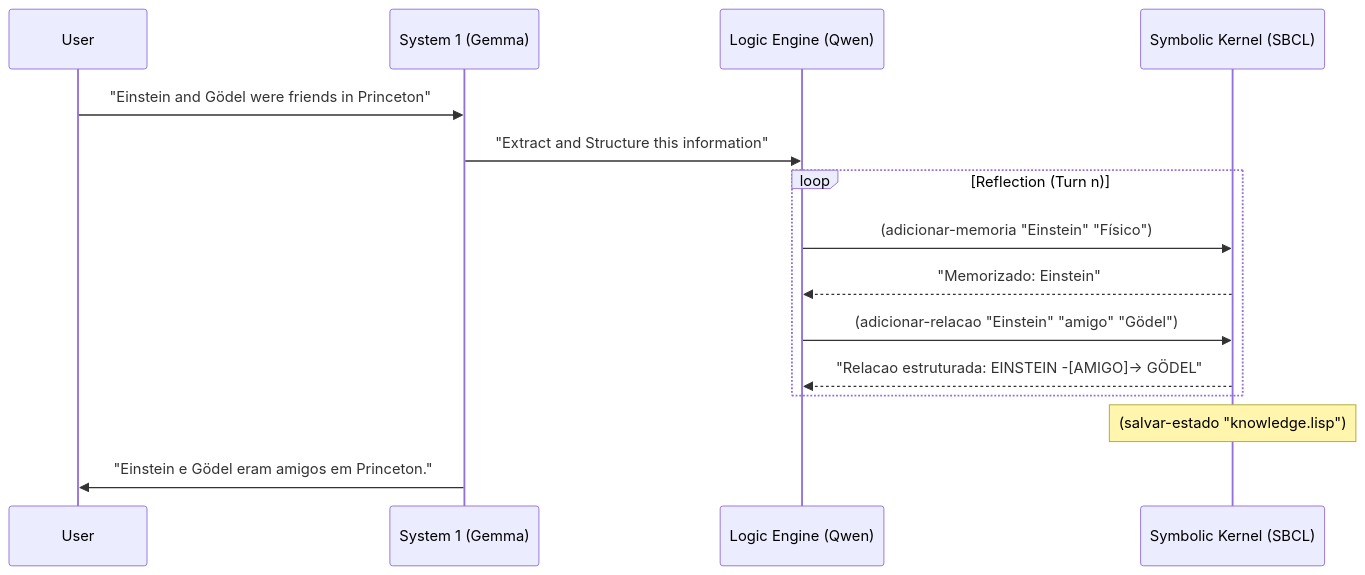
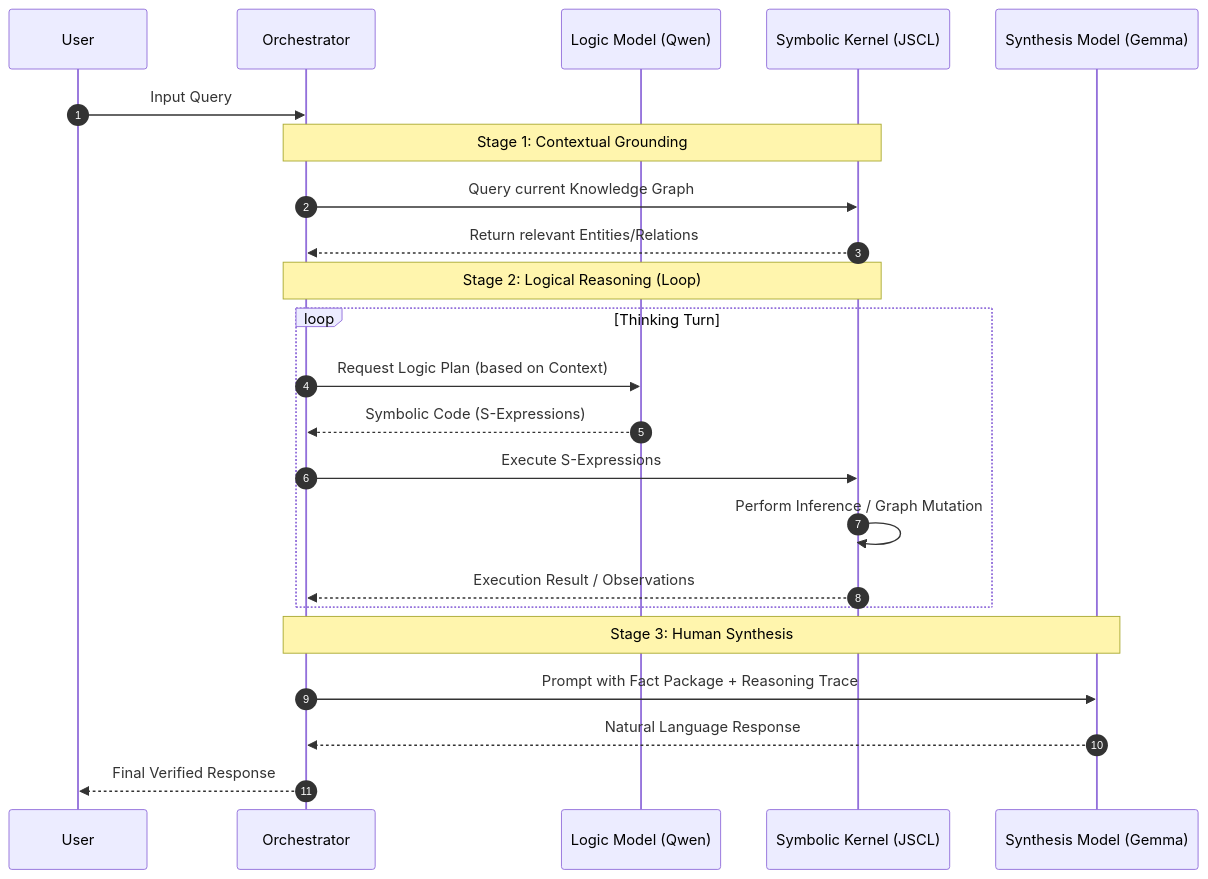
The third of 5 diagrams in README.md (spock74/dialectical-symbolic-ai), drawn with Mermaid before and after one commit. The commit also changed other lines of this file and 2 other files, not shown here.

````diff
--- a/README.md
+++ b/README.md
@@ -62,21 +87,29 @@
 ```mermaid
 sequenceDiagram
+    autonumber
     participant U as User
-    participant S1 as System 1 (Gemma)
-    participant L as Logic Engine (Qwen)
-    participant SK as Symbolic Kernel (SBCL)
+    participant ORCH as Orchestrator
+    participant LM as Logic Model (Qwen)
+    participant SK as Symbolic Kernel (JSCL)
+    participant SM as Synthesis Model (Gemma)
 
-    U->>S1: "Einstein and Gödel were friends in Princeton"
-    S1->>L: "Extract and Structure this information"
+    U->>ORCH: Input Query
     
-    loop Reflection (Turn n)
-        L->>SK: (adicionar-memoria "Einstein" "Físico")
-        SK-->>L: "Memorizado: Einstein"
-        L->>SK: (adicionar-relacao "Einstein" "amigo" "Gödel")
-        SK-->>L: "Relacao estruturada: EINSTEIN -[AMIGO]-> GÖDEL"
+    Note over ORCH, SK: Stage 1: Contextual Grounding
+    ORCH->>SK: Query current Knowledge Graph
+    SK-->>ORCH: Return relevant Entities/Relations
+
+    Note over ORCH, SK: Stage 2: Logical Reasoning (Loop)
+    loop Thinking Turn
+        ORCH->>LM: Request Logic Plan (based on Context)
+        LM-->>ORCH: Symbolic Code (S-Expressions)
+        ORCH->>SK: Execute S-Expressions
+        SK->>SK: Perform Inference / Graph Mutation
+        SK-->>ORCH: Execution Result / Observations
     end
-    
-    Note over SK: (salvar-estado "knowledge.lisp")
-    
-    S1->>U: "Einstein e Gödel eram amigos em Princeton."
+
+    Note over ORCH, SM: Stage 3: Human Synthesis
+    ORCH->>SM: Prompt with Fact Package + Reasoning Trace
+    SM-->>ORCH: Natural Language Response
+    ORCH-->>U: Final Verified Response
 ```
````
